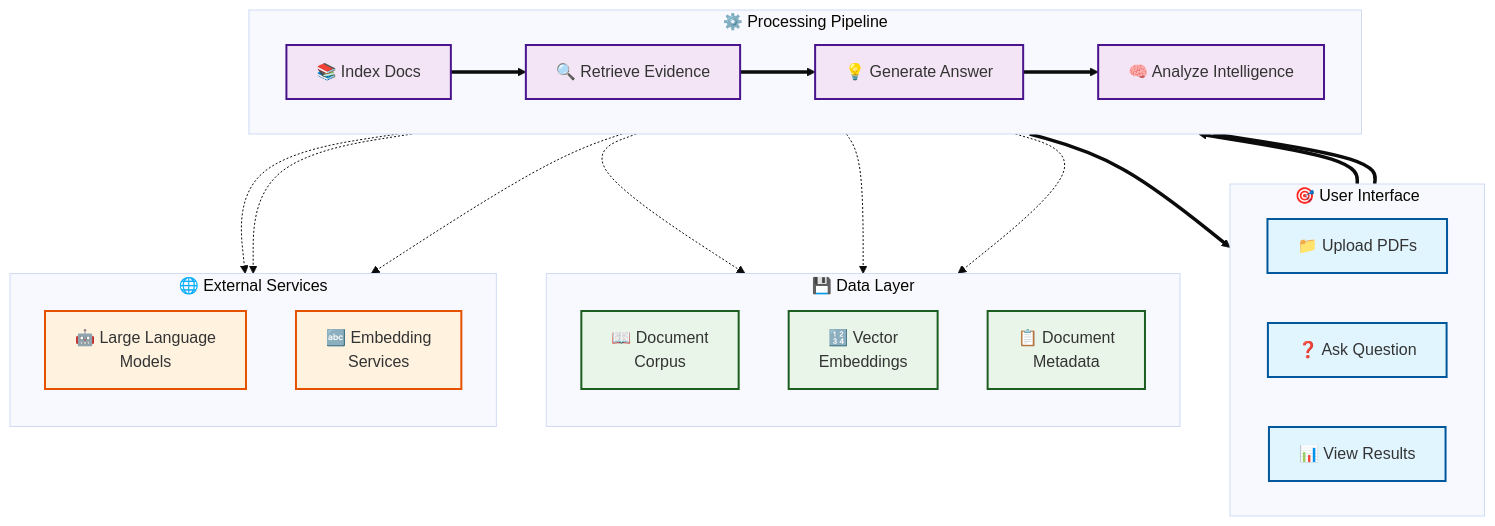
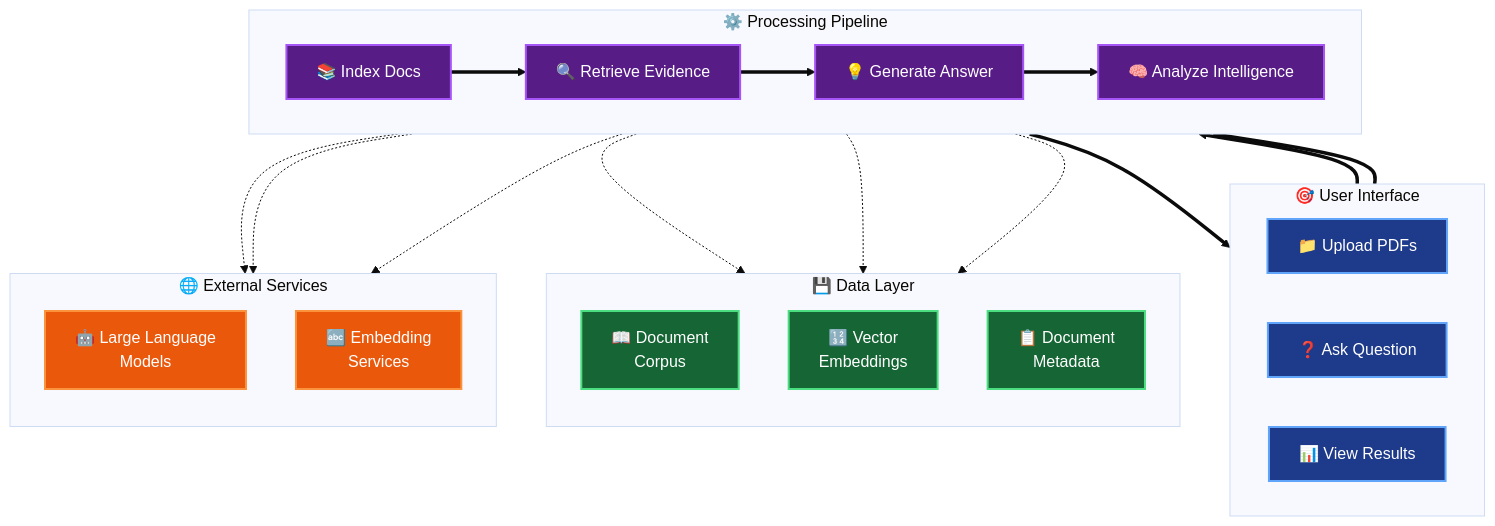
The first of 18 diagrams in docs/DEVELOPER.md (usathyan/paper-qa-ui), drawn with Mermaid (base theme) before and after one commit.

Commit message:
Update architecture diagram colors for dark mode compatibility
- Changed from light backgrounds to dark backgrounds with bright borders
- UI components: Dark blue fill (#1e3a8a) with light blue border (#60a5fa)
- Processing: Dark purple fill (#581c87) with light purple border (#a855f7)
- Data layer: Dark green fill (#166534) with light green border (#4ade80)
- External services: Dark orange fill (#ea580c) with light orange border (#fb923c)
- Added white text color (#ffffff) for better readability on dark backgrounds
- Colors now work well in both light and dark mode environments
- Maintains visual hierarchy while being accessible across themes

````diff
--- a/docs/DEVELOPER.md
+++ b/docs/DEVELOPER.md
@@ -28,59 +28,59 @@
 ```mermaid
 flowchart TD
     subgraph UI ["🎯 User Interface"]
         direction LR
         UPLOAD[📁 Upload PDFs]
         QUERY[❓ Ask Question]
         DISPLAY[📊 View Results]
     end
     
     subgraph PROC ["⚙️ Processing Pipeline"]
         direction LR
         INDEX[📚 Index Docs]
         SEARCH[🔍 Retrieve Evidence]
         ANSWER[💡 Generate Answer]
         INTELL[🧠 Analyze Intelligence]
     end
     
     subgraph DATA ["💾 Data Layer"]
         direction TB
         CORPUS[📖 Document<br/>Corpus]
         VECTORS[🔢 Vector<br/>Embeddings]
         METADATA[📋 Document<br/>Metadata]
     end
     
     subgraph EXT ["🌐 External Services"]
         direction TB
         LLM[🤖 Large Language<br/>Models]
         EMB[🔤 Embedding<br/>Services]
     end
     
     %% Primary Flow
     UPLOAD ==> INDEX
     QUERY ==> SEARCH
     INDEX ==> SEARCH
     SEARCH ==> ANSWER
     ANSWER ==> INTELL
     INTELL ==> DISPLAY
     
     %% Data Connections
     INDEX -.-> CORPUS
     INDEX -.-> METADATA
     SEARCH -.-> VECTORS
     
     %% Service Connections
     INDEX -.-> LLM
     SEARCH -.-> EMB
     ANSWER -.-> LLM
     
     %% Styling
-    classDef uiStyle fill:#e1f5fe,stroke:#01579b,stroke-width:2px
-    classDef procStyle fill:#f3e5f5,stroke:#4a148c,stroke-width:2px
-    classDef dataStyle fill:#e8f5e8,stroke:#1b5e20,stroke-width:2px
-    classDef extStyle fill:#fff3e0,stroke:#e65100,stroke-width:2px
+    classDef uiStyle fill:#1e3a8a,stroke:#60a5fa,stroke-width:2px,color:#ffffff
+    classDef procStyle fill:#581c87,stroke:#a855f7,stroke-width:2px,color:#ffffff
+    classDef dataStyle fill:#166534,stroke:#4ade80,stroke-width:2px,color:#ffffff
+    classDef extStyle fill:#ea580c,stroke:#fb923c,stroke-width:2px,color:#ffffff
     
     class UPLOAD,QUERY,DISPLAY uiStyle
     class INDEX,SEARCH,ANSWER,INTELL procStyle
     class CORPUS,VECTORS,METADATA dataStyle
     class LLM,EMB extStyle
 ```
````
